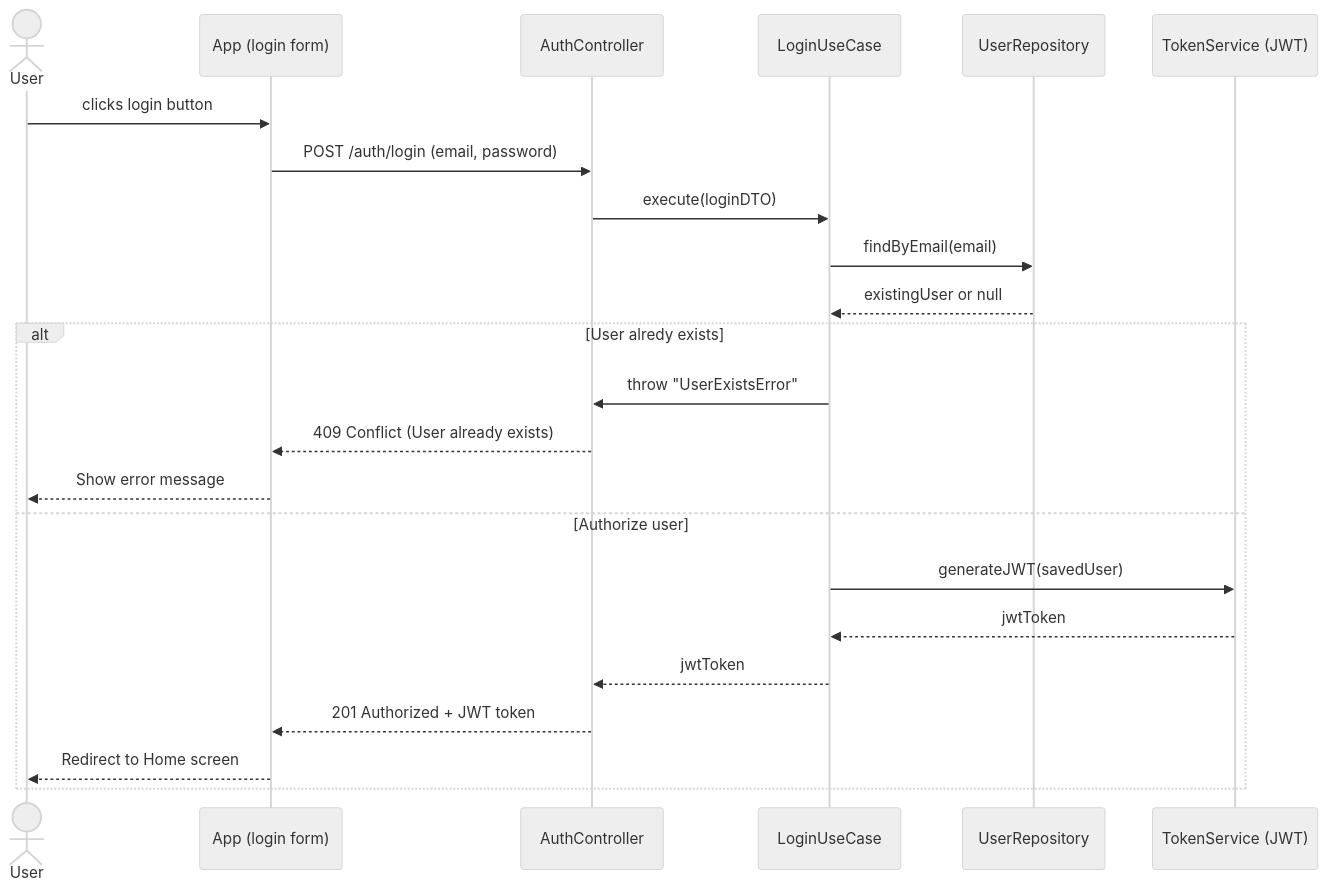
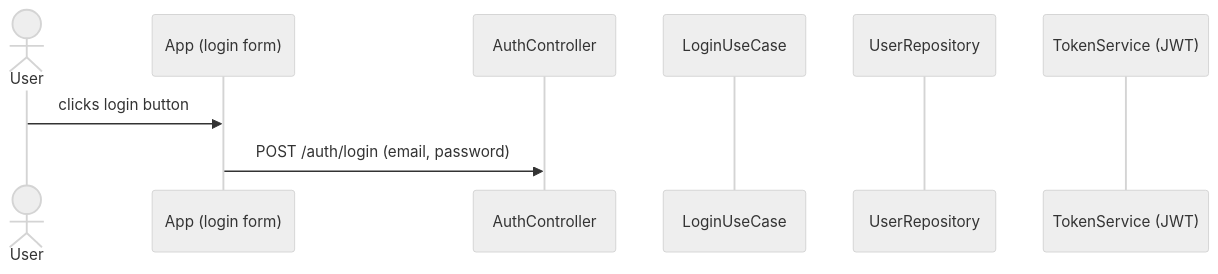
One commit to Lenninssp/Cannin-Tickets changed the fourth of 4 diagrams in docs/auth.md. Above: the diagram before and after it, drawn with Mermaid (neutral theme). The commit also changed other lines of this file and 10 other files, not shown here.

````diff
--- a/docs/auth.md
+++ b/docs/auth.md
@@ -98,30 +79,14 @@
 ```mermaid
 sequenceDiagram
   actor User
   participant UI as App (login form)
   participant Controller as AuthController
   participant UseCase as LoginUseCase
   participant UserRepo as UserRepository
   participant TokenService as TokenService (JWT)
 
   User->>UI: clicks login button
   UI->>Controller: POST /auth/login (email, password)
 
-  Controller->>UseCase: execute(loginDTO)
-
-  UseCase->>UserRepo: findByEmail(email)
-  UserRepo-->>UseCase: existingUser or null 
-
-  alt User alredy exists
-    UseCase->>Controller: throw "UserExistsError"
-    Controller-->>UI: 409 Conflict (User already exists)
-    UI-->>User: Show error message
-  else Authorize user
-    UseCase->>TokenService: generateJWT(savedUser)
-    TokenService-->>UseCase: jwtToken
-    UseCase-->>Controller: jwtToken
-    Controller-->>UI: 201 Authorized + JWT token
-    UI-->>User: Redirect to Home screen
-  end
 
 ```
````
